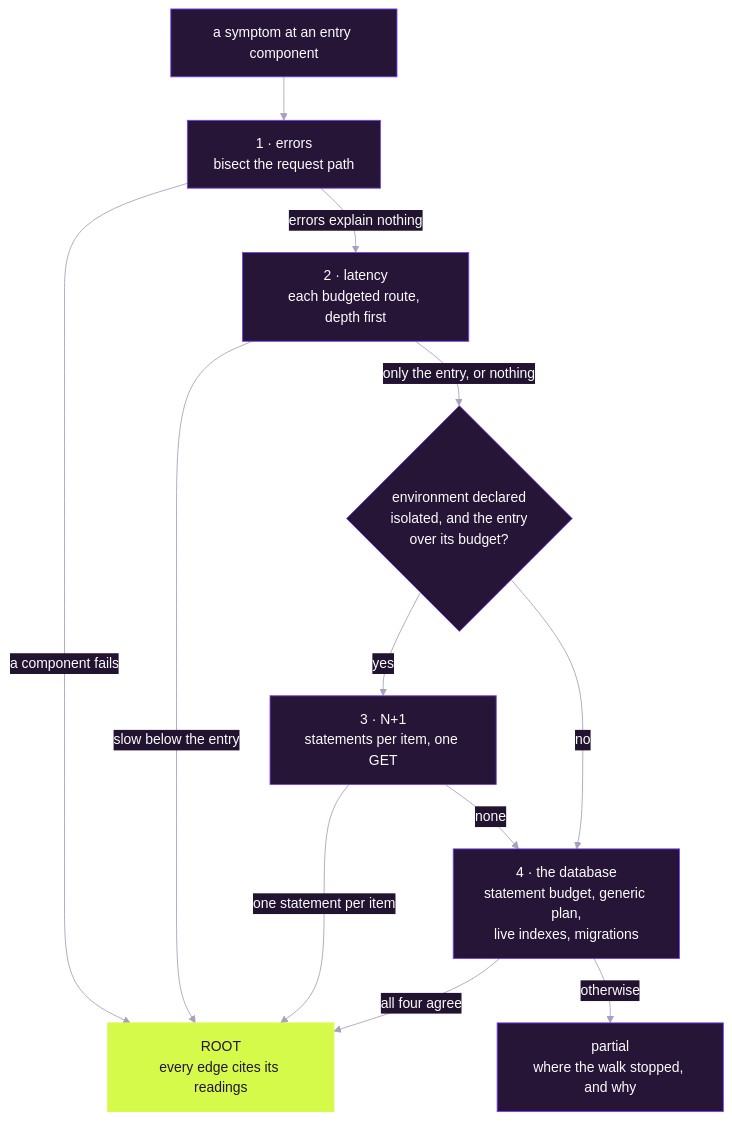
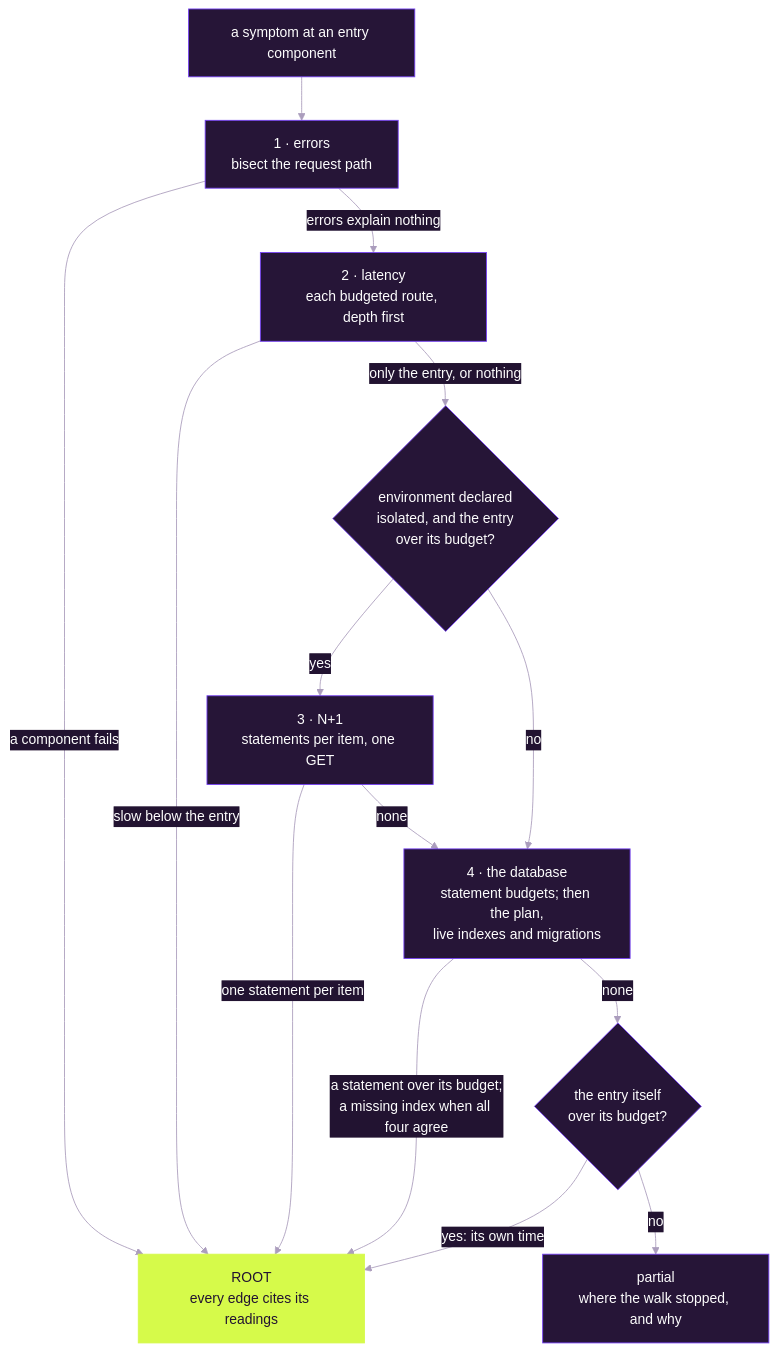
The diagram in README.md (Josh-Heath123/Culprit), drawn with Mermaid before and after one commit. The commit also changed other lines of this file and 11 other files, not shown here.

````diff
--- a/README.md
+++ b/README.md
@@ -116,27 +116,30 @@
 ```mermaid
 %%{init: {"theme": "base", "themeVariables": {"background": "#221331", "primaryColor": "#261537", "primaryTextColor": "#fdfdfd", "primaryBorderColor": "#7540f5", "secondaryColor": "#2f1a44", "tertiaryColor": "#180e23", "lineColor": "#ab9dbd", "textColor": "#ab9dbd", "clusterBkg": "#180e23", "clusterBorder": "#452663", "edgeLabelBackground": "#221331", "titleColor": "#fdfdfd", "fontFamily": "Inter, sans-serif"}}}%%
 flowchart TD
   symptom["a symptom at an entry component"]
   errors["1 · errors<br/>bisect the request path"]
   latency["2 · latency<br/>each budgeted route, depth first"]
   isolated{"environment declared<br/>isolated, and the entry<br/>over its budget?"}
   nplusone["3 · N+1<br/>statements per item, one GET"]
-  database["4 · the database<br/>statement budget, generic plan,<br/>live indexes, migrations"]
+  database["4 · the database<br/>statement budgets; then the plan,<br/>live indexes and migrations"]
+  entryslow{"the entry itself<br/>over its budget?"}
   root["ROOT<br/>every edge cites its readings"]
   stopped["partial<br/>where the walk stopped, and why"]
 
   symptom --> errors
   errors -- "a component fails" --> root
   errors -- "errors explain nothing" --> latency
   latency -- "slow below the entry" --> root
   latency -- "only the entry, or nothing" --> isolated
   isolated -- "yes" --> nplusone
   isolated -- "no" --> database
   nplusone -- "one statement per item" --> root
   nplusone -- "none" --> database
-  database -- "all four agree" --> root
-  database -- "otherwise" --> stopped
+  database -- "a statement over its budget;<br/>a missing index when all four agree" --> root
+  database -- "none" --> entryslow
+  entryslow -- "yes: its own time" --> root
+  entryslow -- "no" --> stopped
 
   classDef answer fill:#d6fa4a,color:#221331,stroke:#d6fa4a
   class root answer
 ```
````
